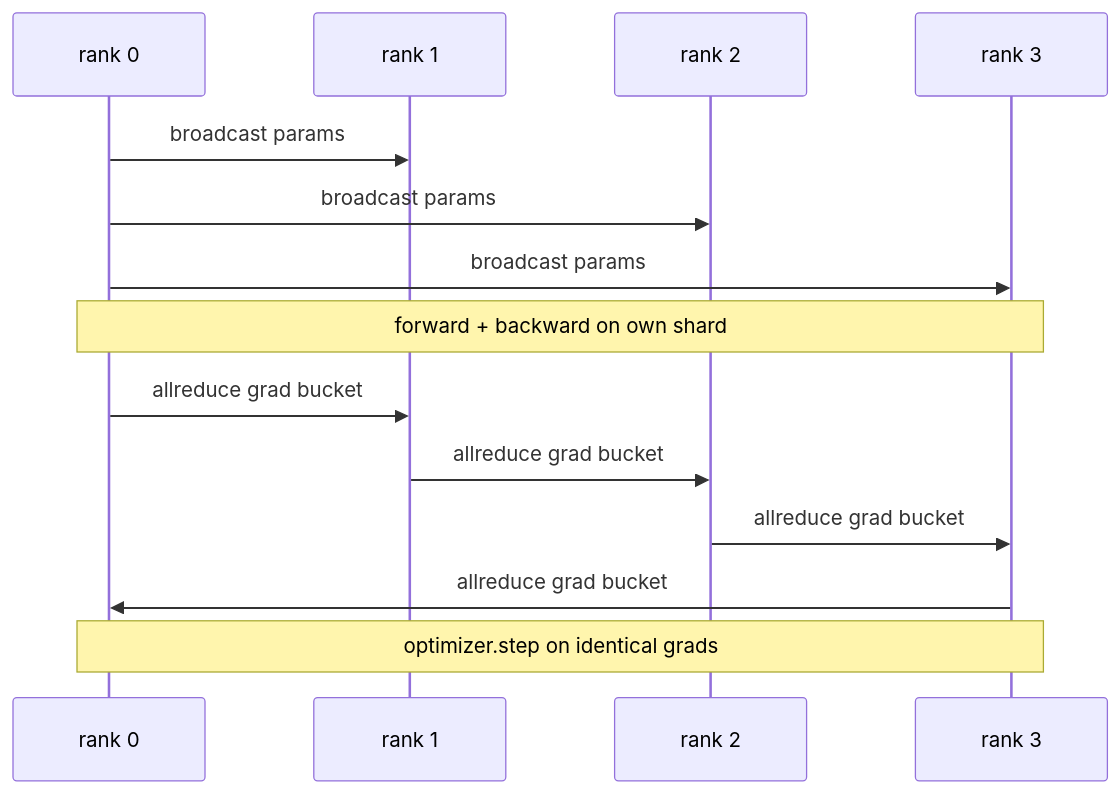
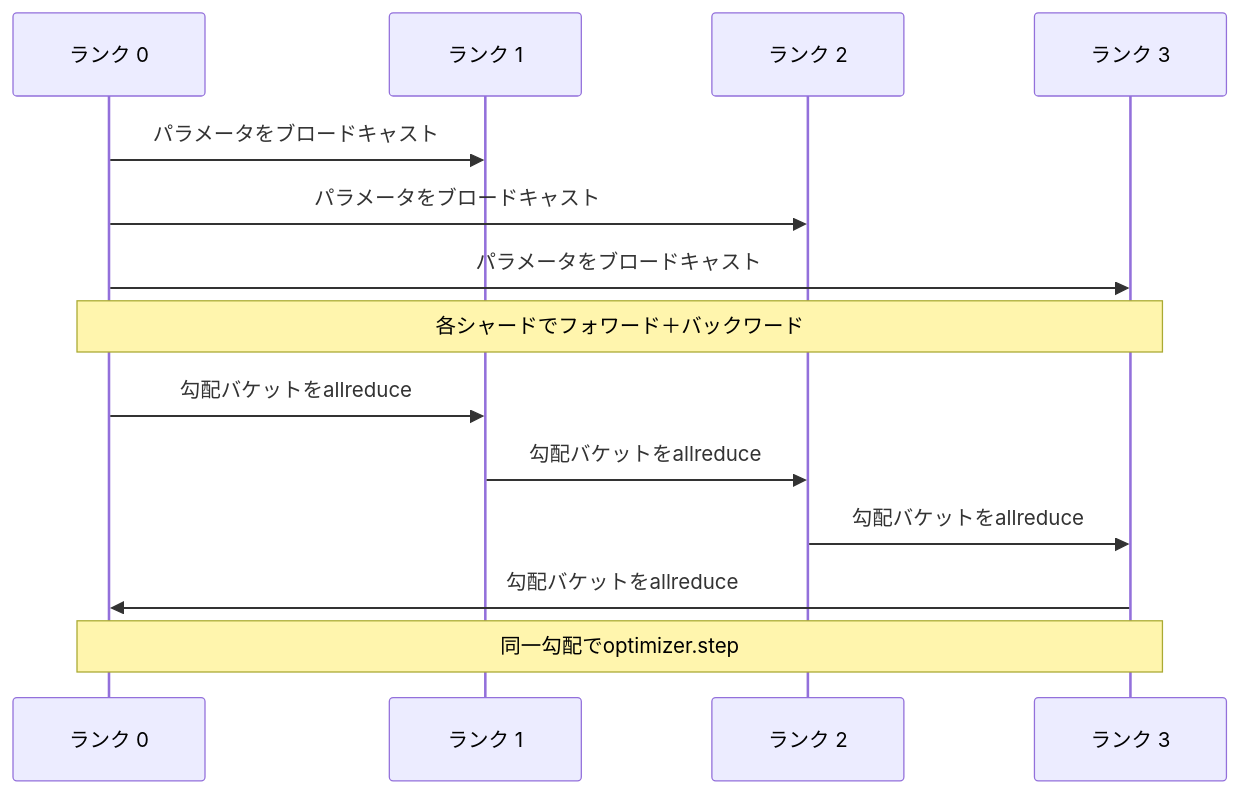
The diagram in content/phases/19-capstone-projects/77-data-parallel-ddp/lesson.ja.md (shoshoshomen/synapse-academy), drawn with Mermaid before and after one commit. The commit also changed 124 other files, not shown here.

First line of the commit message:
feat(i18n): mermaid図のラベルを日本語化(194レッスン/374図)

````diff
--- a/content/phases/19-capstone-projects/77-data-parallel-ddp/lesson.ja.md
+++ b/content/phases/19-capstone-projects/77-data-parallel-ddp/lesson.ja.md
@@ -21,16 +21,16 @@
 ```mermaid
 sequenceDiagram
-  participant R0 as rank 0
-  participant R1 as rank 1
-  participant R2 as rank 2
-  participant R3 as rank 3
-  R0->>R1: broadcast params
-  R0->>R2: broadcast params
-  R0->>R3: broadcast params
-  Note over R0,R3: forward + backward on own shard
-  R0->>R1: allreduce grad bucket
-  R1->>R2: allreduce grad bucket
-  R2->>R3: allreduce grad bucket
-  R3->>R0: allreduce grad bucket
-  Note over R0,R3: optimizer.step on identical grads
+  participant R0 as ランク 0
+  participant R1 as ランク 1
+  participant R2 as ランク 2
+  participant R3 as ランク 3
+  R0->>R1: パラメータをブロードキャスト
+  R0->>R2: パラメータをブロードキャスト
+  R0->>R3: パラメータをブロードキャスト
+  Note over R0,R3: 各シャードでフォワード＋バックワード
+  R0->>R1: 勾配バケットをallreduce
+  R1->>R2: 勾配バケットをallreduce
+  R2->>R3: 勾配バケットをallreduce
+  R3->>R0: 勾配バケットをallreduce
+  Note over R0,R3: 同一勾配でoptimizer.step
 ```
````
